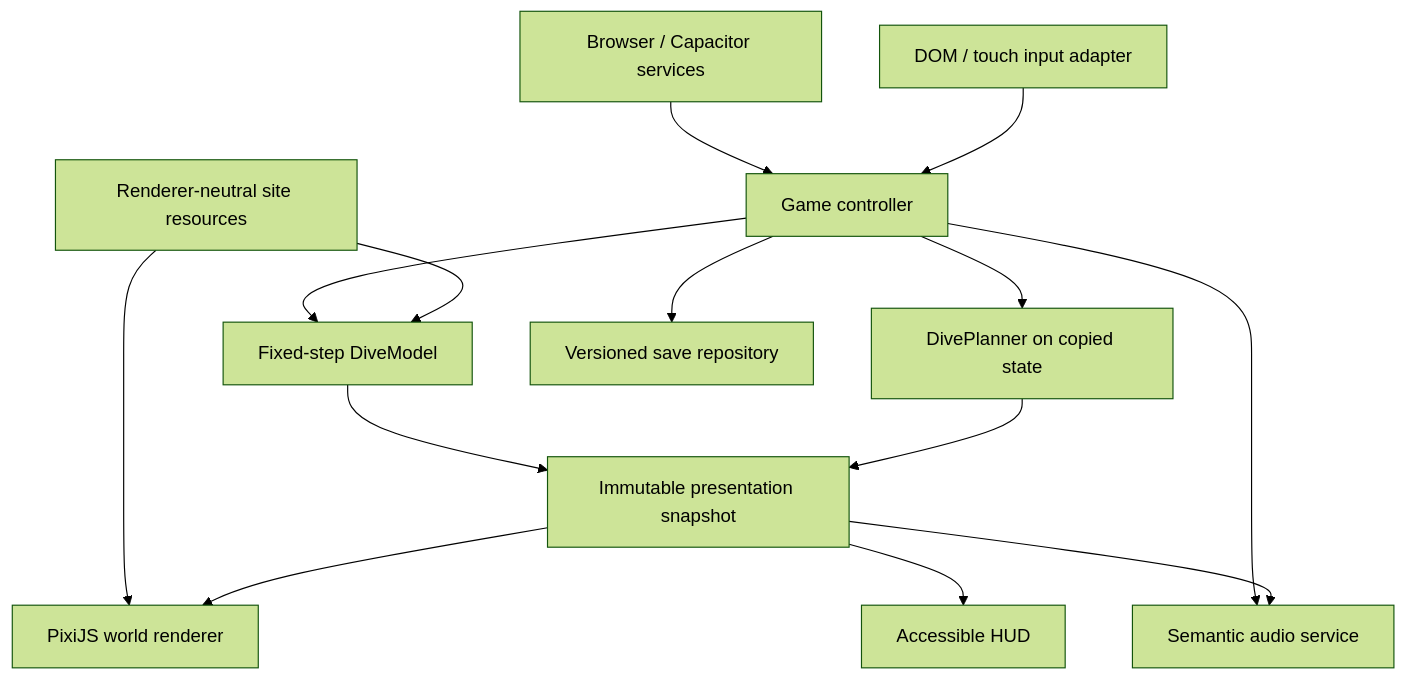
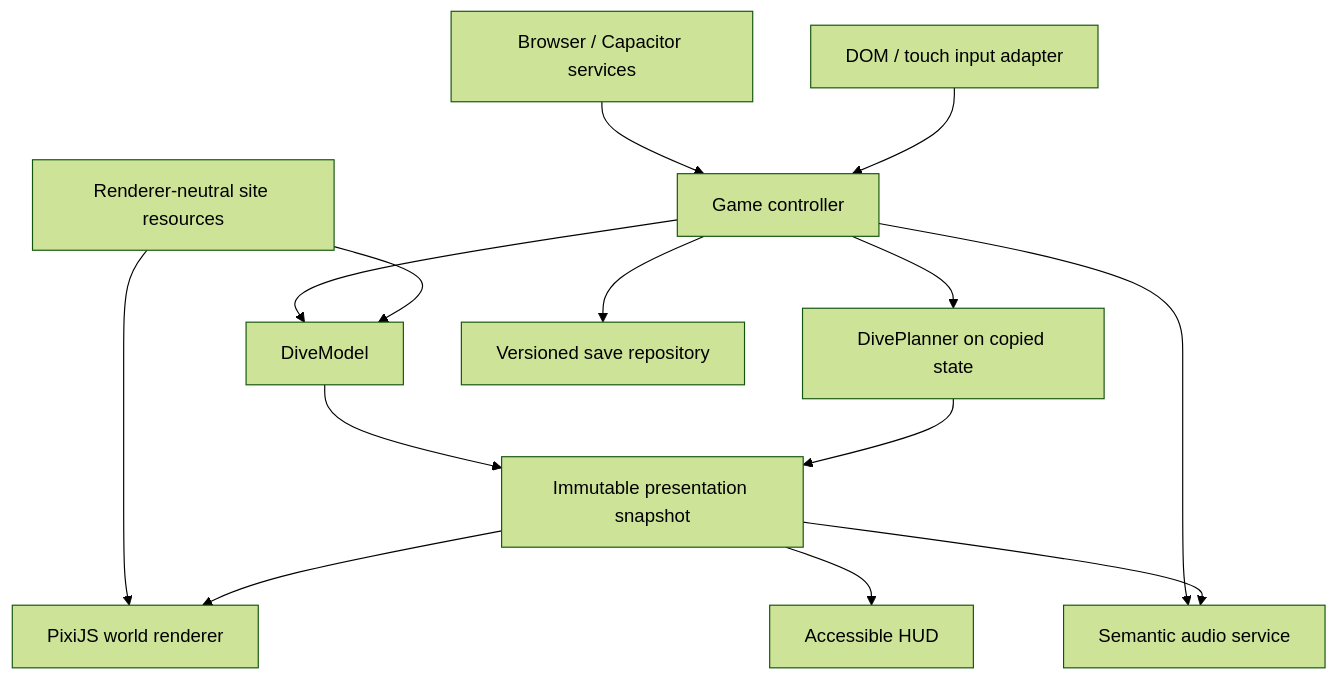
One commit to N1k4G/diving-simulator changed the diagram in docs/decisions.md. Above: the diagram before and after it, drawn with Mermaid (forest theme). The commit also changed other lines of this file and 15 other files, not shown here.

````diff
--- a/docs/decisions.md
+++ b/docs/decisions.md
@@ -69,16 +69,16 @@
 ```mermaid
 flowchart TB
     Platform[Browser / Capacitor services] --> Controller[Game controller]
     Input[DOM / touch input adapter] --> Controller
-    Controller --> Sim[Fixed-step DiveModel]
+    Controller --> Sim[DiveModel]
     Controller --> Planner[DivePlanner on copied state]
     Controller --> Save[Versioned save repository]
     Controller --> Audio[Semantic audio service]
     Sites[Renderer-neutral site resources] --> Sim
     Sites --> World[PixiJS world renderer]
     Sim --> Snapshot[Immutable presentation snapshot]
     Planner --> Snapshot
     Snapshot --> World
     Snapshot --> HUD[Accessible HUD]
     Snapshot --> Audio
 ```
````
